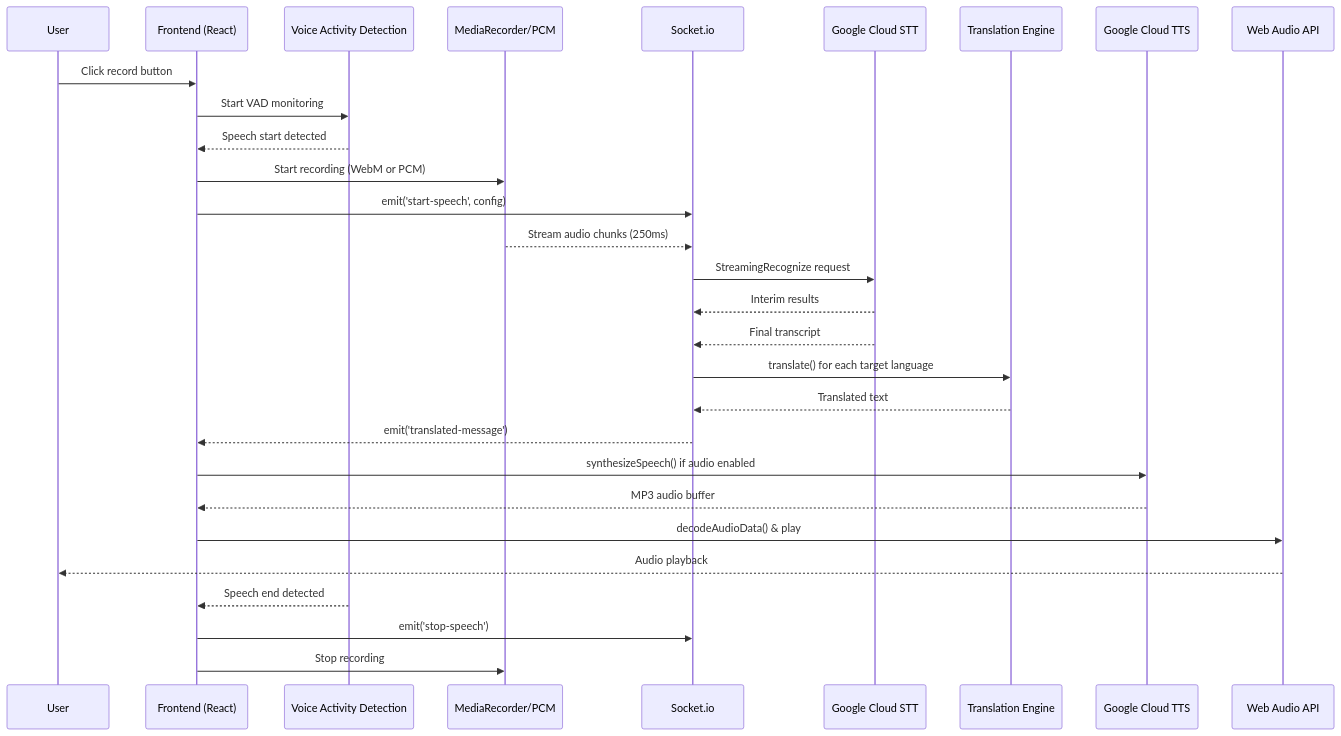
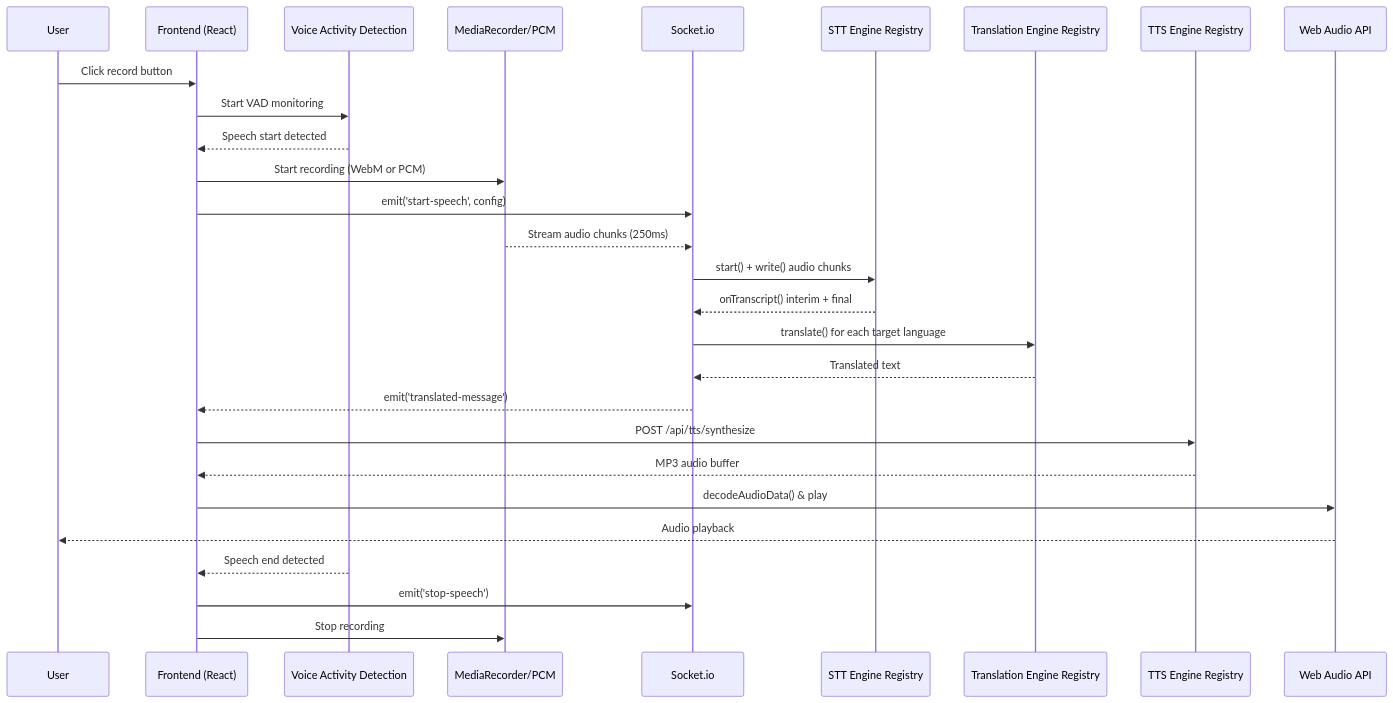
The third of 3 diagrams in docs/webapp-frontend-pillars.md (dawei41468/translator), drawn with Mermaid before and after one commit. The commit also changed other lines of this file and 4 other files, not shown here.

First line of the commit message:
docs: update all docs for Grok STT/TTS and engine registries

````diff
--- a/docs/webapp-frontend-pillars.md
+++ b/docs/webapp-frontend-pillars.md
@@ -871,32 +909,31 @@
 ```mermaid
 sequenceDiagram
     participant User
     participant FE as Frontend (React)
     participant VAD as Voice Activity Detection
     participant MR as MediaRecorder/PCM
     participant SIO as Socket.io
-    participant STT as Google Cloud STT
-    participant MT as Translation Engine
-    participant TTS as Google Cloud TTS
+    participant STT as STT Engine Registry
+    participant MT as Translation Engine Registry
+    participant TTS as TTS Engine Registry
     participant AC as Web Audio API
     
     User->>FE: Click record button
     FE->>VAD: Start VAD monitoring
     VAD-->>FE: Speech start detected
     FE->>MR: Start recording (WebM or PCM)
     FE->>SIO: emit('start-speech', config)
     MR-->>SIO: Stream audio chunks (250ms)
-    SIO->>STT: StreamingRecognize request
-    STT-->>SIO: Interim results
-    STT-->>SIO: Final transcript
+    SIO->>STT: start() + write() audio chunks
+    STT-->>SIO: onTranscript() interim + final
     SIO->>MT: translate() for each target language
     MT-->>SIO: Translated text
     SIO-->>FE: emit('translated-message')
-    FE->>TTS: synthesizeSpeech() if audio enabled
+    FE->>TTS: POST /api/tts/synthesize
     TTS-->>FE: MP3 audio buffer
     FE->>AC: decodeAudioData() & play
     AC-->>User: Audio playback
     VAD-->>FE: Speech end detected
     FE->>SIO: emit('stop-speech')
     FE->>MR: Stop recording
 ```
````
